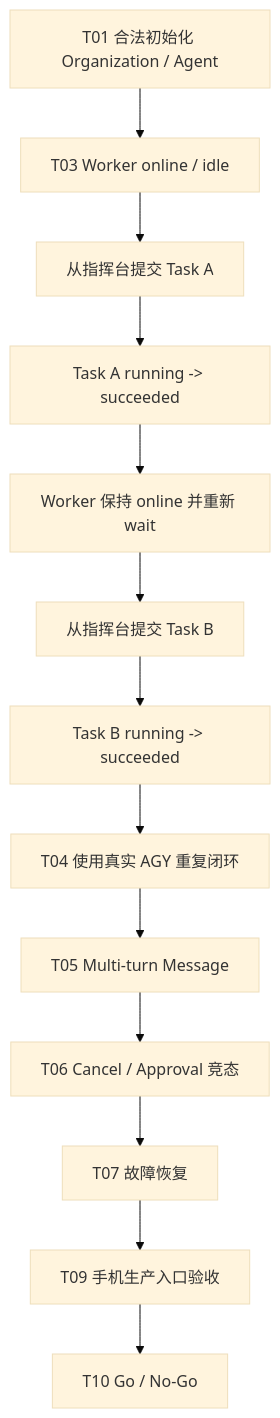
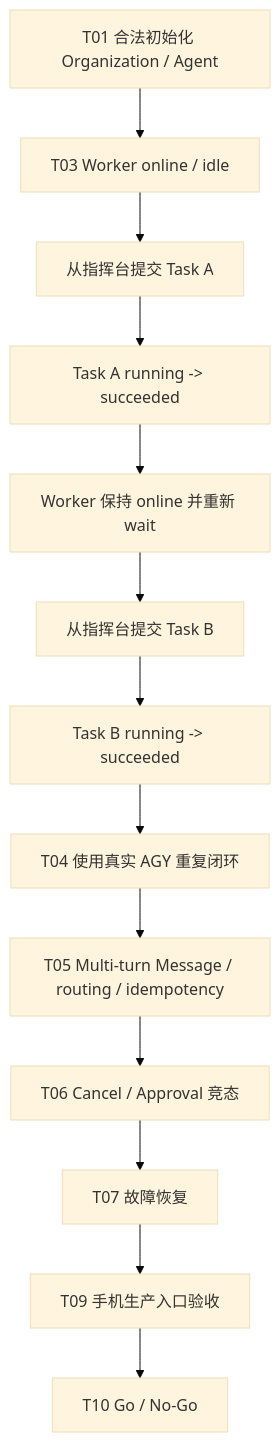
Before and after one commit to insky2017/OpenAgentX: the diagram in docs/plans/2026-08-30-openagentx-adr-001-test-plan.md, drawn with Mermaid (base theme). The commit also changed other lines of this file and 4 other files, not shown here.

````diff
--- a/docs/plans/2026-08-30-openagentx-adr-001-test-plan.md
+++ b/docs/plans/2026-08-30-openagentx-adr-001-test-plan.md
@@ -63,15 +64,15 @@
 ```mermaid
 flowchart TD
     P[T01 合法初始化 Organization / Agent] --> W[T03 Worker online / idle]
     W --> A[从指挥台提交 Task A]
     A --> AR[Task A running -> succeeded]
     AR --> I[Worker 保持 online 并重新 wait]
     I --> B[从指挥台提交 Task B]
     B --> BR[Task B running -> succeeded]
     BR --> C[T04 使用真实 AGY 重复闭环]
-    C --> M[T05 Multi-turn Message]
+    C --> M[T05 Multi-turn Message / routing / idempotency]
     M --> R[T06 Cancel / Approval 竞态]
     R --> F[T07 故障恢复]
     F --> UI[T09 手机生产入口验收]
     UI --> G[T10 Go / No-Go]
 ```
````
